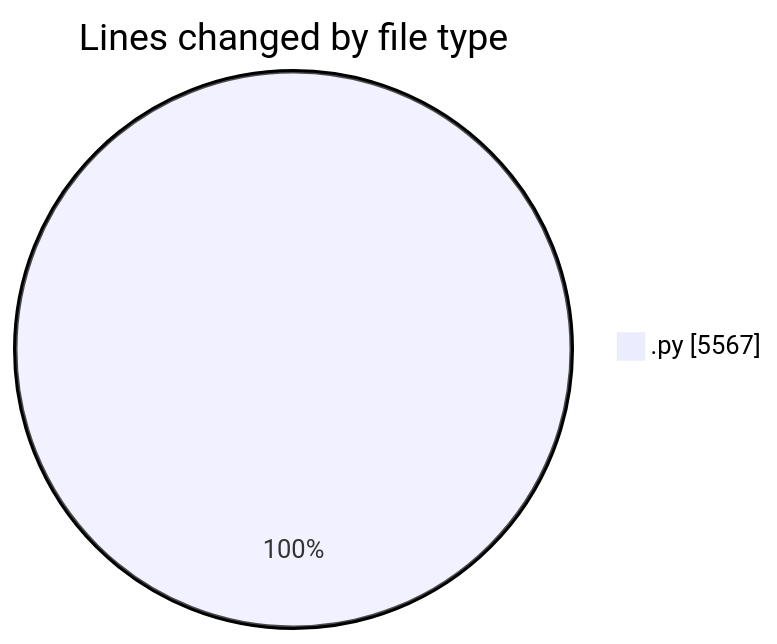
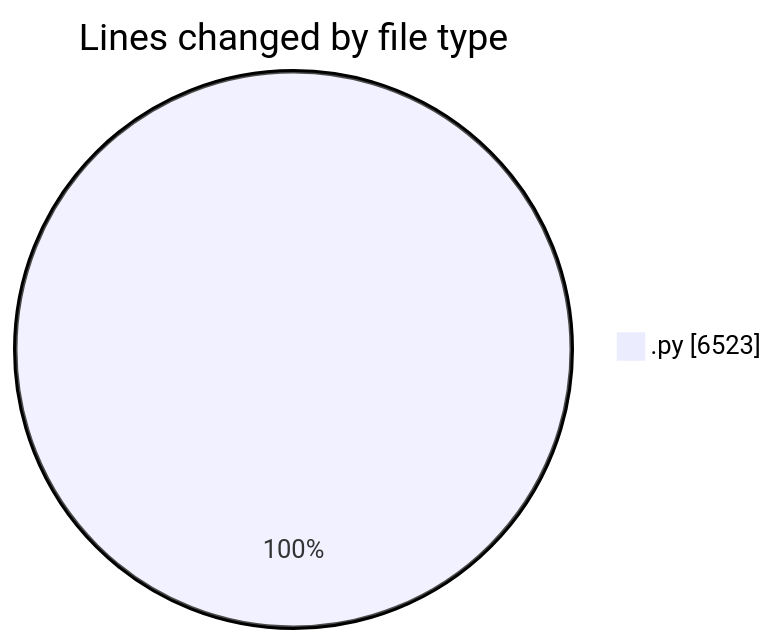
One commit to MatusMokan/code-tracking changed the first of 2 diagrams in 2025-04-18/myws__workspace_/README.md. Above: the diagram before and after it, drawn with Mermaid. The commit also changed other lines of this file and 1 other file, not shown here.

````diff
--- a/2025-04-18/myws__workspace_/README.md
+++ b/2025-04-18/myws__workspace_/README.md
@@ -22,5 +23,5 @@
 ```mermaid
 pie showData
 title Lines changed by file type
-".py" : 5567
+".py" : 6523
 ```
````
